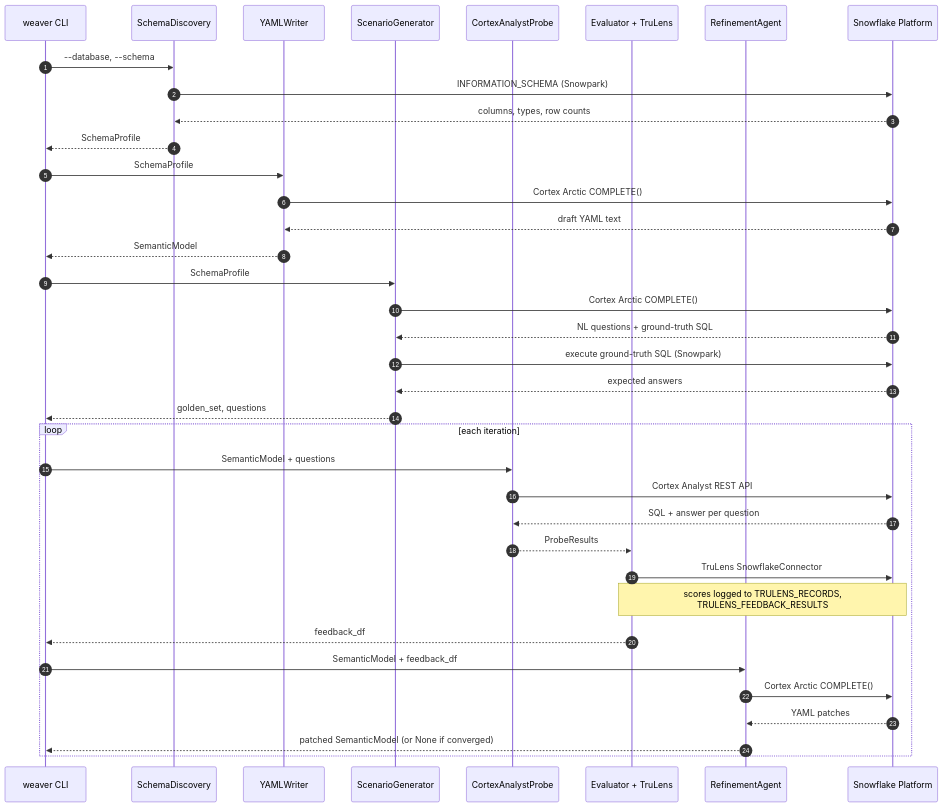
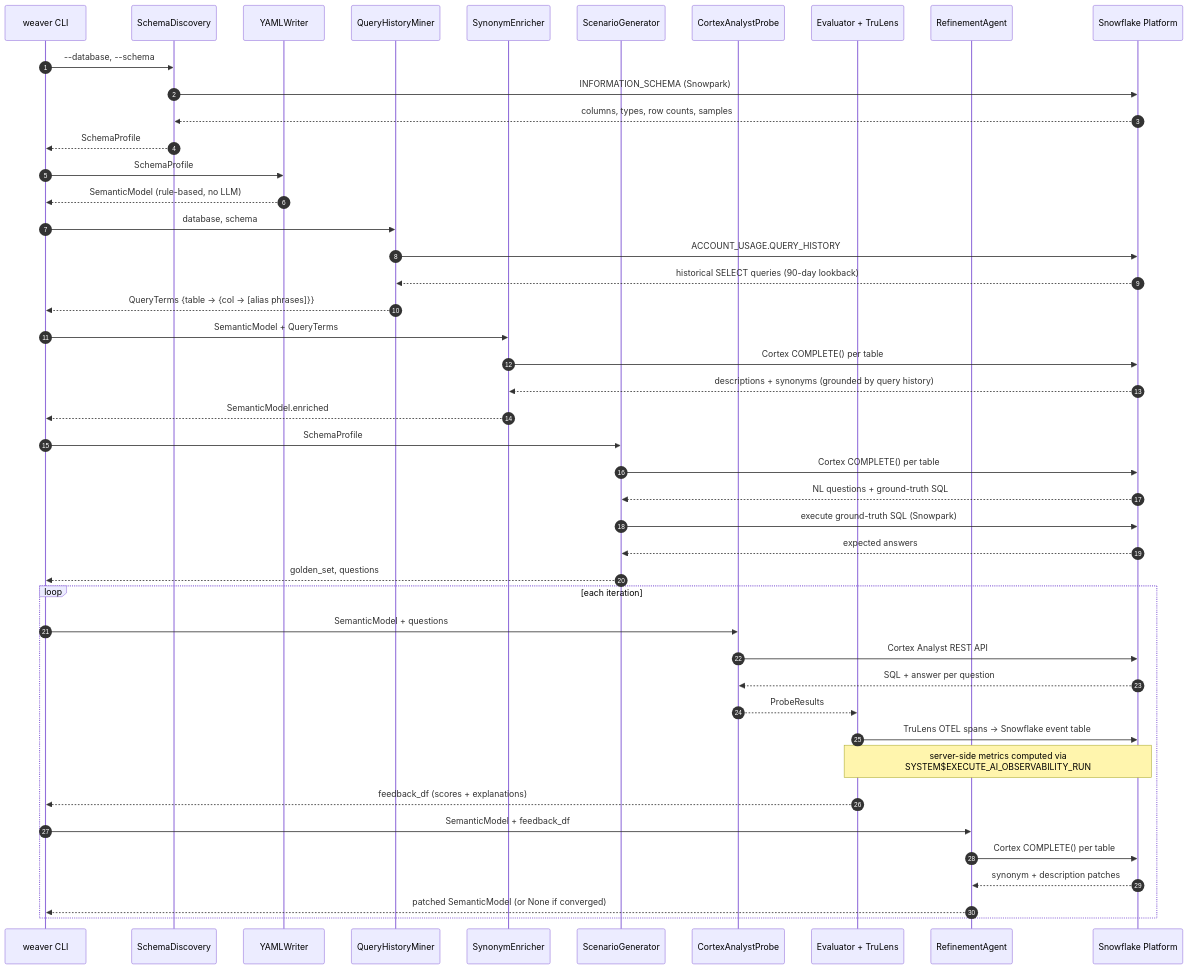
One commit to CynicDog/semantic-model-weaver changed the first of 13 diagrams in .claude/architecture/ARCHITECTURE.md. Above: the diagram before and after it, drawn with Mermaid. The commit also changed other lines of this file and 21 other files, not shown here.

````diff
--- a/.claude/architecture/ARCHITECTURE.md
+++ b/.claude/architecture/ARCHITECTURE.md
@@ -46,45 +58,55 @@
 ```mermaid
 sequenceDiagram
     autonumber
     participant CLI as weaver CLI
     participant D as SchemaDiscovery
     participant W as YAMLWriter
+    participant QH as QueryHistoryMiner
+    participant E as SynonymEnricher
     participant S as ScenarioGenerator
     participant P as CortexAnalystProbe
-    participant E as Evaluator + TruLens
+    participant EV as Evaluator + TruLens
     participant R as RefinementAgent
     participant SF as Snowflake Platform
 
     CLI->>D: --database, --schema
     D->>SF: INFORMATION_SCHEMA (Snowpark)
-    SF-->>D: columns, types, row counts
+    SF-->>D: columns, types, row counts, samples
     D-->>CLI: SchemaProfile
 
     CLI->>W: SchemaProfile
-    W->>SF: Cortex Arctic COMPLETE()
-    SF-->>W: draft YAML text
-    W-->>CLI: SemanticModel
+    W-->>CLI: SemanticModel (rule-based, no LLM)
+
+    CLI->>QH: database, schema
+    QH->>SF: ACCOUNT_USAGE.QUERY_HISTORY
+    SF-->>QH: historical SELECT queries (90-day lookback)
+    QH-->>CLI: QueryTerms {table → {col → [alias phrases]}}
+
+    CLI->>E: SemanticModel + QueryTerms
+    E->>SF: Cortex COMPLETE() per table
+    SF-->>E: descriptions + synonyms (grounded by query history)
+    E-->>CLI: SemanticModel.enriched
 
     CLI->>S: SchemaProfile
-    S->>SF: Cortex Arctic COMPLETE()
+    S->>SF: Cortex COMPLETE() per table
     SF-->>S: NL questions + ground-truth SQL
     S->>SF: execute ground-truth SQL (Snowpark)
     SF-->>S: expected answers
     S-->>CLI: golden_set, questions
 
     loop each iteration
         CLI->>P: SemanticModel + questions
         P->>SF: Cortex Analyst REST API
         SF-->>P: SQL + answer per question
-        P-->>E: ProbeResults
+        P-->>EV: ProbeResults
 
-        E->>SF: TruLens SnowflakeConnector
-        Note over E,SF: scores logged to TRULENS_RECORDS,<br/>TRULENS_FEEDBACK_RESULTS
-        E-->>CLI: feedback_df
+        EV->>SF: TruLens OTEL spans → Snowflake event table
+        Note over EV,SF: server-side metrics computed via<br/>SYSTEM$EXECUTE_AI_OBSERVABILITY_RUN
+        EV-->>CLI: feedback_df (scores + explanations)
 
         CLI->>R: SemanticModel + feedback_df
-        R->>SF: Cortex Arctic COMPLETE()
-        SF-->>R: YAML patches
+        R->>SF: Cortex COMPLETE() per table
+        SF-->>R: synonym + description patches
         R-->>CLI: patched SemanticModel (or None if converged)
     end
 ```
````
